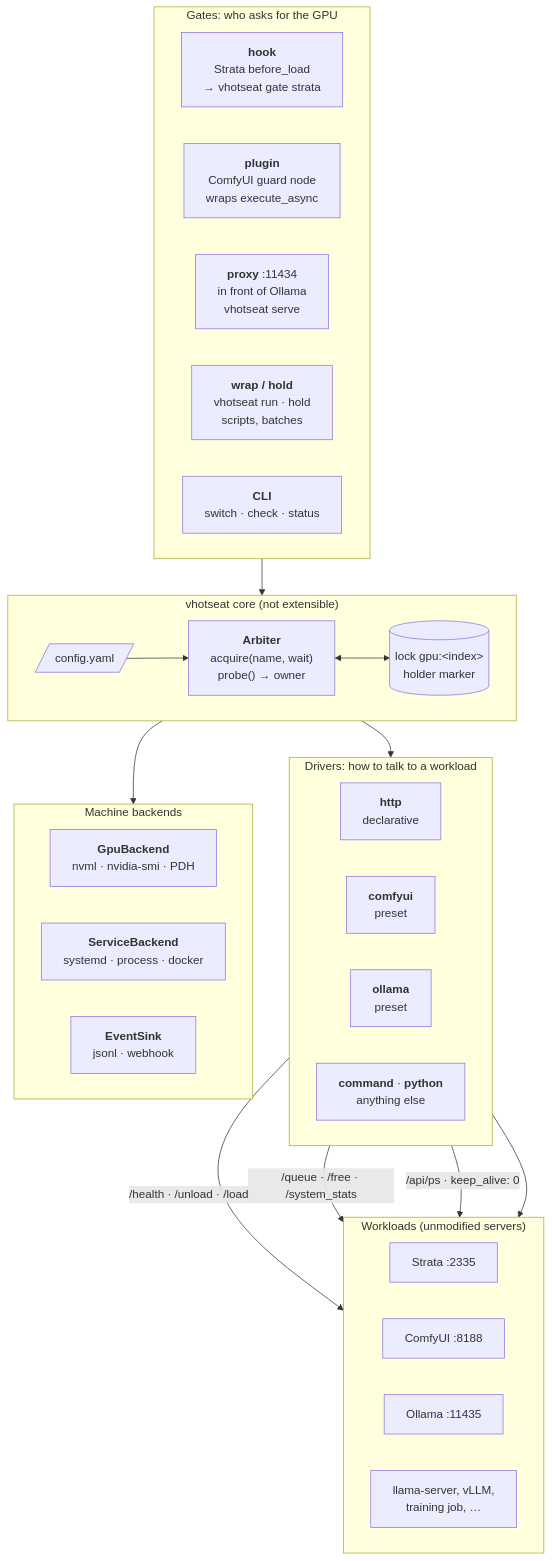
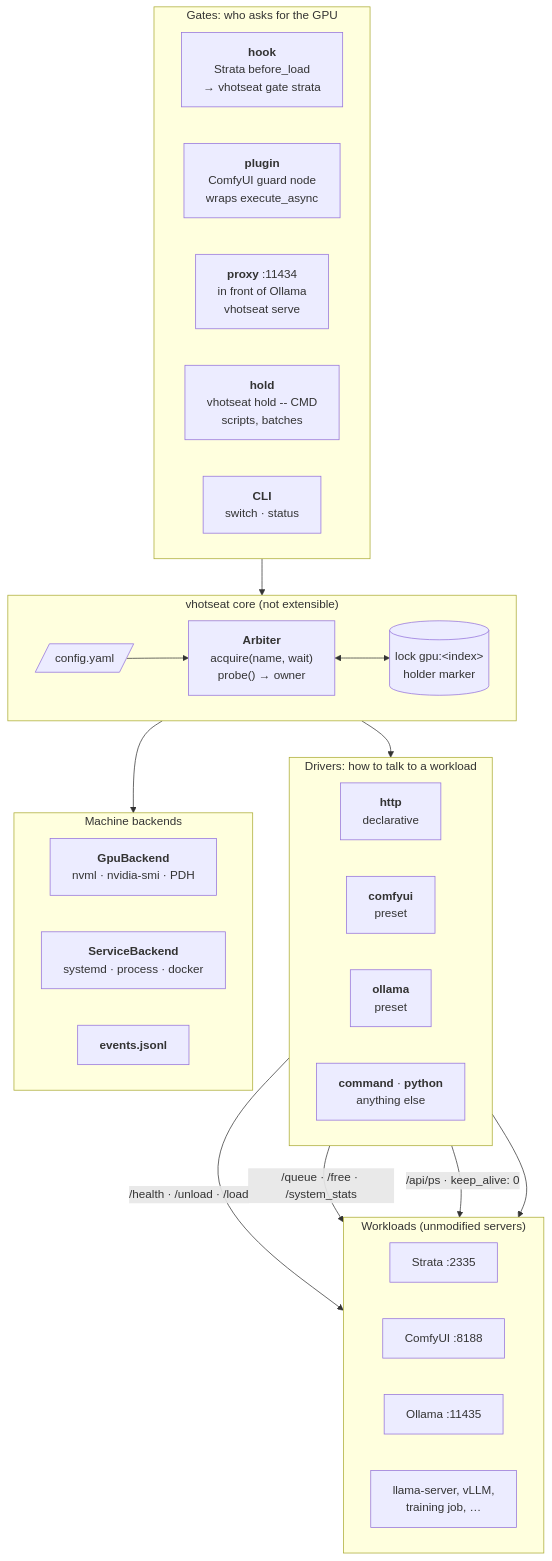
One commit to wandermyz/wandering-vibe changed the first of 4 diagrams in gpu-workload/docs/plans/2026-10-14-vhotseat.md. Above: the diagram before and after it, drawn with Mermaid. The commit also changed other lines of this file, not shown here.

First line of the commit message:
gpu-workload: self-review vhotseat CLI and extension points

````diff
--- a/gpu-workload/docs/plans/2026-10-14-vhotseat.md
+++ b/gpu-workload/docs/plans/2026-10-14-vhotseat.md
@@ -89,50 +89,50 @@
 ```mermaid
 flowchart TB
     subgraph gates["Gates: who asks for the GPU"]
         direction LR
         hook["<b>hook</b><br/>Strata before_load<br/>→ vhotseat gate strata"]
         plugin["<b>plugin</b><br/>ComfyUI guard node<br/>wraps execute_async"]
         proxy["<b>proxy</b> :11434<br/>in front of Ollama<br/>vhotseat serve"]
-        wrap["<b>wrap / hold</b><br/>vhotseat run · hold<br/>scripts, batches"]
-        cli["<b>CLI</b><br/>switch · check · status"]
+        wrap["<b>hold</b><br/>vhotseat hold -- CMD<br/>scripts, batches"]
+        cli["<b>CLI</b><br/>switch · status"]
     end
 
     subgraph core["vhotseat core (not extensible)"]
         direction LR
         config[/"config.yaml"/]
         arbiter["<b>Arbiter</b><br/>acquire(name, wait)<br/>probe() → owner"]
         lock[("lock gpu:&lt;index&gt;<br/>holder marker")]
         config --> arbiter <--> lock
     end
 
     subgraph drivers["Drivers: how to talk to a workload"]
         direction LR
         dhttp["<b>http</b><br/>declarative"]
         dcomfy["<b>comfyui</b><br/>preset"]
         dollama["<b>ollama</b><br/>preset"]
         dcmd["<b>command</b> · <b>python</b><br/>anything else"]
     end
 
     subgraph backends["Machine backends"]
         direction LR
         gpu["<b>GpuBackend</b><br/>nvml · nvidia-smi · PDH"]
         svc["<b>ServiceBackend</b><br/>systemd · process · docker"]
-        events["<b>EventSink</b><br/>jsonl · webhook"]
+        events["<b>events.jsonl</b>"]
     end
 
     subgraph workloads["Workloads (unmodified servers)"]
         direction LR
         strata["Strata :2335"]
         comfy["ComfyUI :8188"]
         ollama["Ollama :11435"]
         other["llama-server, vLLM,<br/>training job, …"]
     end
 
     gates --> arbiter
     arbiter --> drivers
     arbiter --> backends
     dhttp -- "/health · /unload · /load" --> strata
     dcomfy -- "/queue · /free · /system_stats" --> comfy
     dollama -- "/api/ps · keep_alive: 0" --> ollama
     dcmd --> other
 ```
````
